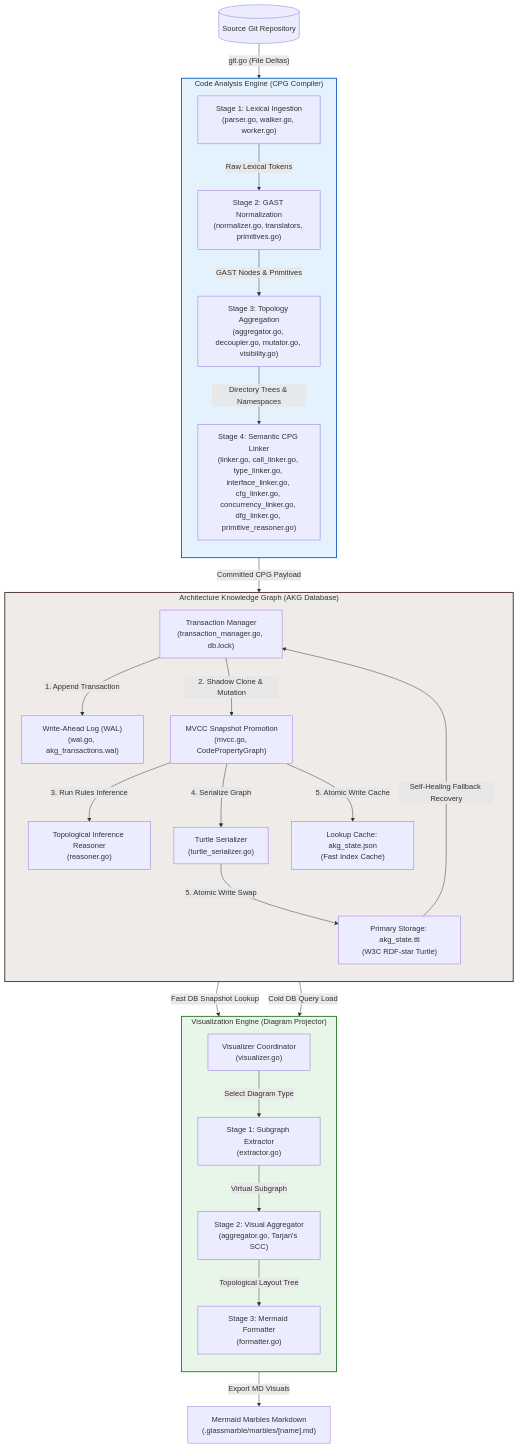
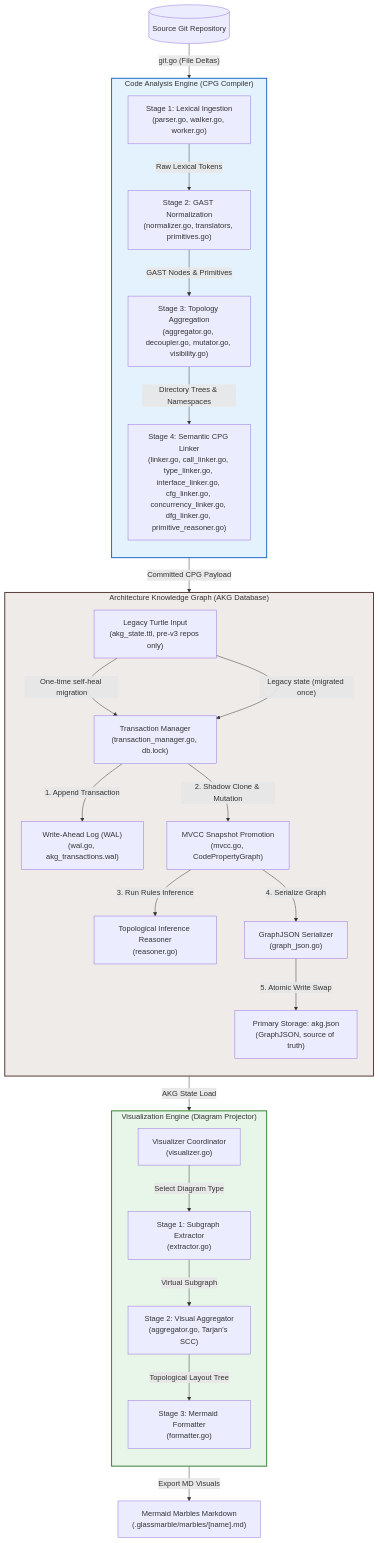
The diagram in docs/architecture.md (Syamchand123/GlassMarble), drawn with Mermaid before and after one commit. The commit also changed other lines of this file and 68 other files, not shown here.

First line of the commit message:
feat(akg): complete GraphJSON migration — akg.json is the single state store (Phase C)

````diff
--- a/docs/architecture.md
+++ b/docs/architecture.md
@@ -323,59 +326,58 @@
 ```mermaid
 graph TB
     subgraph CodeAnalysisEngine ["Code Analysis Engine (CPG Compiler)"]
         direction TB
         S1["Stage 1: Lexical Ingestion<br/>(parser.go, walker.go, worker.go)"]
         S2["Stage 2: GAST Normalization<br/>(normalizer.go, translators, primitives.go)"]
         S3["Stage 3: Topology Aggregation<br/>(aggregator.go, decoupler.go, mutator.go, visibility.go)"]
         S4["Stage 4: Semantic CPG Linker<br/>(linker.go, call_linker.go, type_linker.go, interface_linker.go, cfg_linker.go, concurrency_linker.go, dfg_linker.go, primitive_reasoner.go)"]
         
         S1 -->|"Raw Lexical Tokens"| S2
         S2 -->|"GAST Nodes & Primitives"| S3
         S3 -->|"Directory Trees & Namespaces"| S4
     end
 
     subgraph AKG ["Architecture Knowledge Graph (AKG Database)"]
         direction TB
         TM["Transaction Manager<br/>(transaction_manager.go, db.lock)"]
         WAL["Write-Ahead Log (WAL)<br/>(wal.go, akg_transactions.wal)"]
         MVCC["MVCC Snapshot Promotion<br/>(mvcc.go, CodePropertyGraph)"]
         Reasoner["Topological Inference Reasoner<br/>(reasoner.go)"]
-        TS["Turtle Serializer<br/>(turtle_serializer.go)"]
+        TS["GraphJSON Serializer<br/>(graph_json.go)"]
         
-        TTL["Primary Storage: akg_state.ttl<br/>(W3C RDF-star Turtle)"]
-        JSON["Lookup Cache: akg_state.json<br/>(Fast Index Cache)"]
+        JSON["Primary Storage: akg.json<br/>(GraphJSON, source of truth)"]
+        TTL["Legacy Turtle Input<br/>(akg_state.ttl, pre-v3 repos only)"]
         
         TM -->|"1. Append Transaction"| WAL
         TM -->|"2. Shadow Clone & Mutation"| MVCC
         MVCC -->|"3. Run Rules Inference"| Reasoner
         MVCC -->|"4. Serialize Graph"| TS
-        TS -->|"5. Atomic Write Swap"| TTL
-        MVCC -->|"5. Atomic Write Cache"| JSON
-        TTL -->|"Self-Healing Fallback Recovery"| TM
+        TS -->|"5. Atomic Write Swap"| JSON
+        TTL -->|"One-time self-heal migration"| TM
     end
 
     subgraph VizEngine ["Visualization Engine (Diagram Projector)"]
         direction TB
         VC["Visualizer Coordinator<br/>(visualizer.go)"]
         VE1["Stage 1: Subgraph Extractor<br/>(extractor.go)"]
         VE2["Stage 2: Visual Aggregator<br/>(aggregator.go, Tarjan's SCC)"]
         VE3["Stage 3: Mermaid Formatter<br/>(formatter.go)"]
         
         VC -->|"Select Diagram Type"| VE1
         VE1 -->|"Virtual Subgraph"| VE2
         VE2 -->|"Topological Layout Tree"| VE3
     end
 
     %% External Connections
     Repo[("Source Git Repository")] -->|"git.go (File Deltas)"| S1
     S4 -->|"Committed CPG Payload"| TM
     
-    JSON -->|"Fast DB Snapshot Lookup"| VE1
-    TTL -->|"Cold DB Query Load"| VE1
+    JSON -->|"AKG State Load"| VE1
+    TTL -->|"Legacy state (migrated once)"| TM
     
     VE3 -->|"Export MD Visuals"| Marbles["Mermaid Marbles Markdown<br/>(.glassmarble/marbles/[name].md)"]
     
     style CodeAnalysisEngine fill:#e3f2fd,stroke:#1565c0,stroke-width:2px;
     style AKG fill:#efebe9,stroke:#4e342e,stroke-width:2px;
     style VizEngine fill:#e8f5e9,stroke:#2e7d32,stroke-width:2px;
 ```
````
